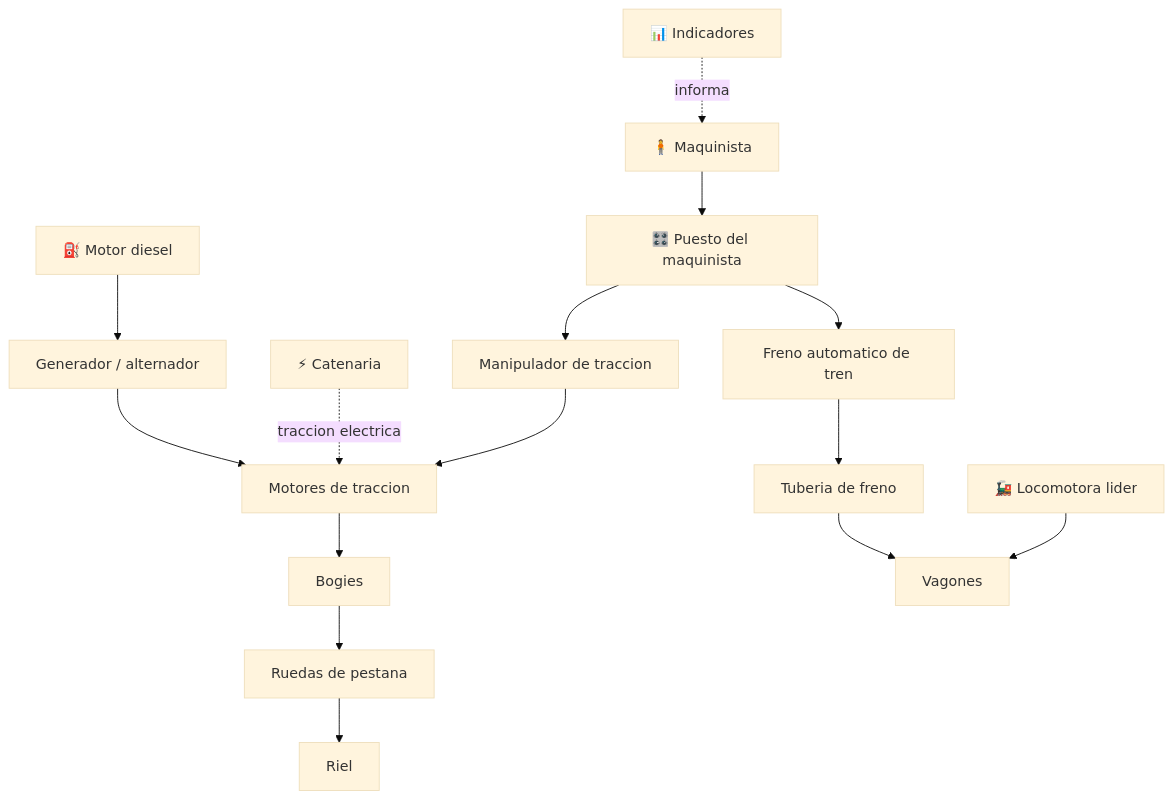
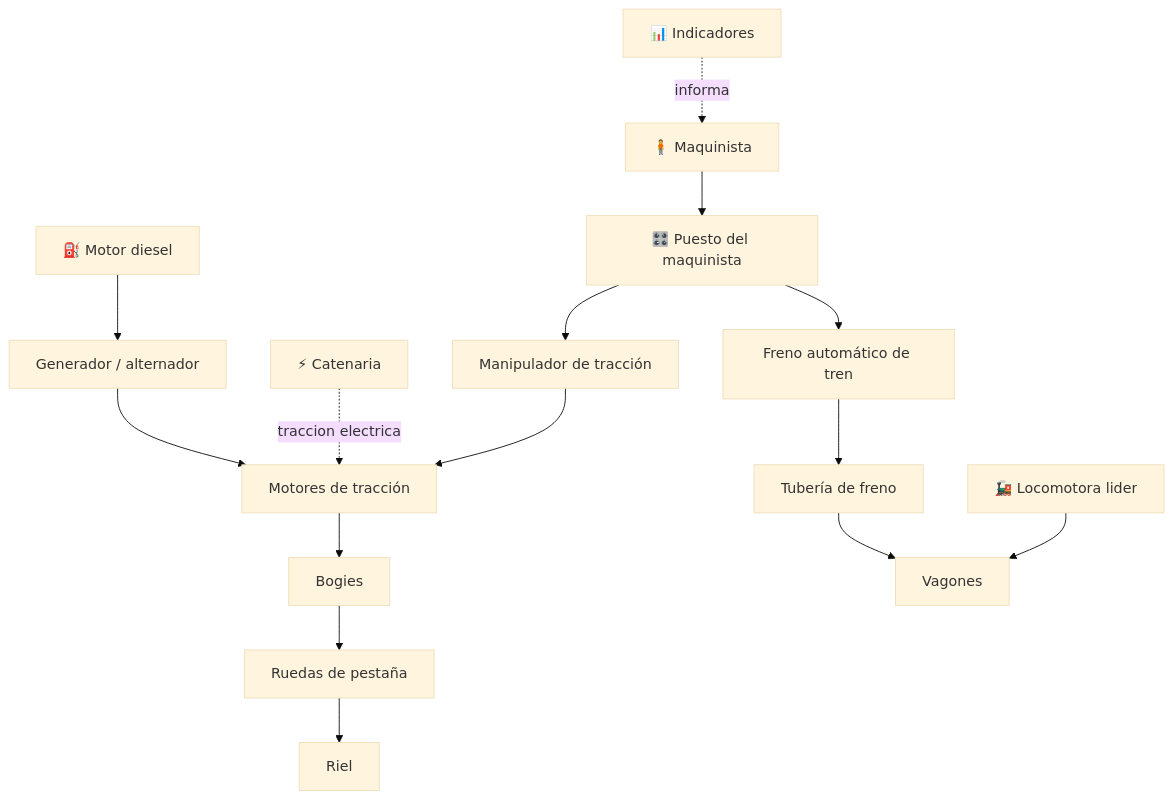
One commit to vladimiracunadev-create/machine-operator-program changed the diagram in vehiculos/tren-carga/README.md. Above: the diagram before and after it, drawn with Mermaid (base theme). The commit also changed other lines of this file and 442 other files, not shown here.

````diff
--- a/vehiculos/tren-carga/README.md
+++ b/vehiculos/tren-carga/README.md
@@ -31,17 +31,17 @@
 ```mermaid
 flowchart TD
     Diesel[⛽ Motor diesel] --> Generador[Generador / alternador]
-    Generador --> Motores[Motores de traccion]
+    Generador --> Motores[Motores de tracción]
     Catenaria[⚡ Catenaria] -. traccion electrica .-> Motores
     Motores --> Bogies[Bogies]
-    Bogies --> Ruedas[Ruedas de pestana]
+    Bogies --> Ruedas[Ruedas de pestaña]
     Ruedas --> Riel[Riel]
-    Puesto[🎛️ Puesto del maquinista] --> Traccion[Manipulador de traccion]
-    Puesto --> Freno[Freno automatico de tren]
+    Puesto[🎛️ Puesto del maquinista] --> Traccion[Manipulador de tracción]
+    Puesto --> Freno[Freno automático de tren]
     Traccion --> Motores
-    Freno --> Tuberia[Tuberia de freno]
+    Freno --> Tuberia[Tubería de freno]
     Tuberia --> Vagones[Vagones]
     Locomotora[🚂 Locomotora lider] --> Vagones
     Tablero[📊 Indicadores] -. informa .-> Maquinista[🧍 Maquinista]
     Maquinista --> Puesto
 ```
````
